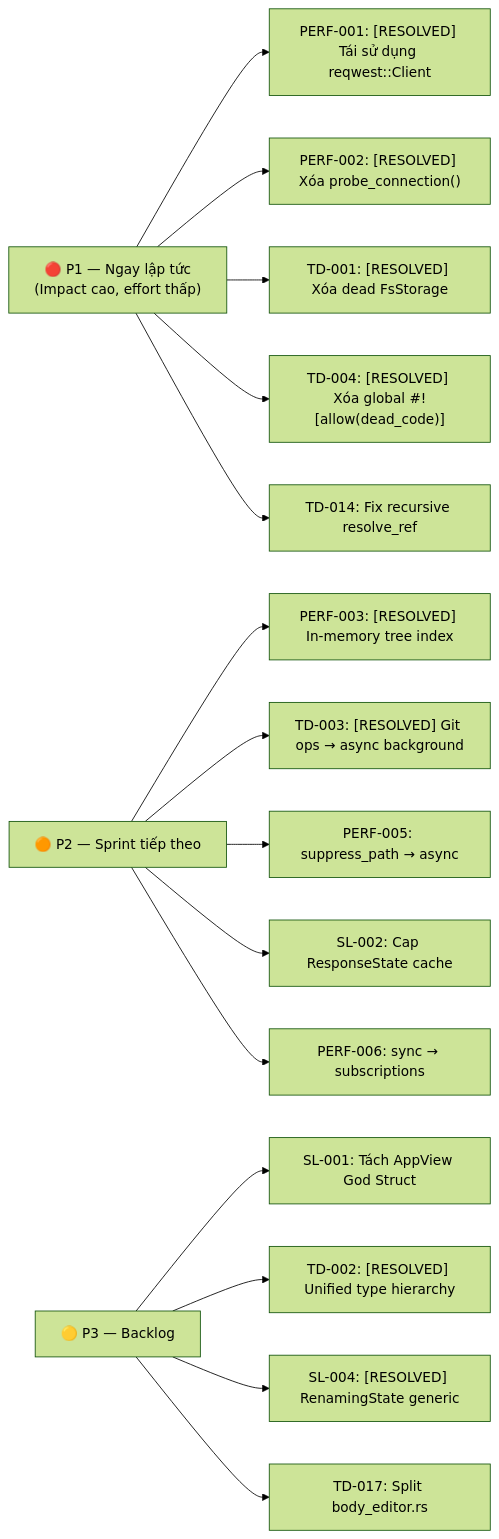
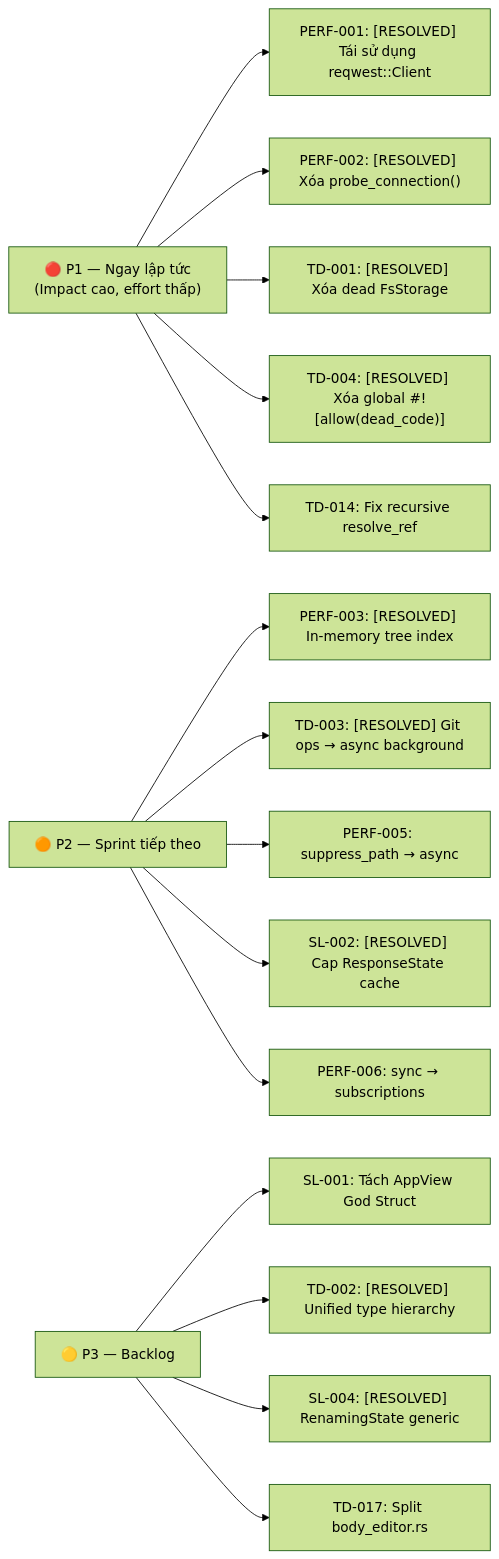
Before and after one commit to dungmv/rest-client: the second of 2 diagrams in docs/technical-debt-02.md, drawn with Mermaid (forest theme). The commit also changed other lines of this file and 3 other files, not shown here.

First line of the commit message:
feat(core,app): implement bounded LRU response cache and remove dead state (SL-002)

````diff
--- a/docs/technical-debt-02.md
+++ b/docs/technical-debt-02.md
@@ -422,23 +421,23 @@
 ```mermaid
 flowchart LR
     P1["🔴 P1 — Ngay lập tức\n(Impact cao, effort thấp)"]
     P2["🟠 P2 — Sprint tiếp theo"]
     P3["🟡 P3 — Backlog"]
 
     P1 --> i1["PERF-001: [RESOLVED] Tái sử dụng reqwest::Client"]
     P1 --> i2["PERF-002: [RESOLVED] Xóa probe_connection()"]
     P1 --> i3["TD-001: [RESOLVED] Xóa dead FsStorage"]
     P1 --> i4["TD-004: [RESOLVED] Xóa global #![allow(dead_code)]"]
     P1 --> i5["TD-014: Fix recursive resolve_ref"]
 
     P2 --> i6["PERF-003: [RESOLVED] In-memory tree index"]
     P2 --> i7["TD-003: [RESOLVED] Git ops → async background"]
     P2 --> i8["PERF-005: suppress_path → async"]
-    P2 --> i9["SL-002: Cap ResponseState cache"]
+    P2 --> i9["SL-002: [RESOLVED] Cap ResponseState cache"]
     P2 --> i10["PERF-006: sync → subscriptions"]
 
     P3 --> i11["SL-001: Tách AppView God Struct"]
     P3 --> i12["TD-002: [RESOLVED] Unified type hierarchy"]
     P3 --> i13["SL-004: [RESOLVED] RenamingState generic"]
     P3 --> i14["TD-017: Split body_editor.rs"]
 ```
````
